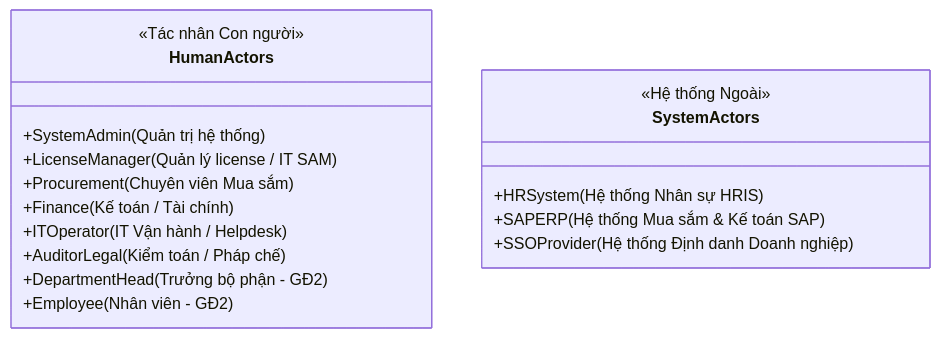
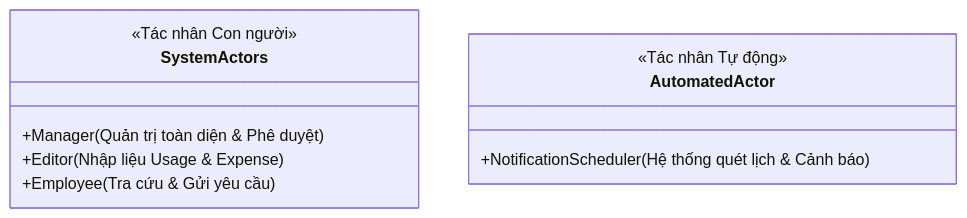
The first of 4 diagrams in docs/02-use-cases.md (cuonglpv/VFast), drawn with Mermaid before and after one commit. The commit also changed other lines of this file and 3 other files, not shown here.

Commit message:
docs: align requirements, MVP, use cases, and user stories with chatgpt analysis (3-role ELMS architecture, 2-week plan)

````diff
--- a/docs/02-use-cases.md
+++ b/docs/02-use-cases.md
@@ -8,21 +10,13 @@
 ```mermaid
 classDiagram
-    class HumanActors {
+    class SystemActors {
         <<Tác nhân Con người>>
-        +SystemAdmin (Quản trị hệ thống)
-        +LicenseManager (Quản lý license / IT SAM)
-        +Procurement (Chuyên viên Mua sắm)
-        +Finance (Kế toán / Tài chính)
-        +ITOperator (IT Vận hành / Helpdesk)
-        +AuditorLegal (Kiểm toán / Pháp chế)
-        +DepartmentHead (Trưởng bộ phận - GĐ2)
-        +Employee (Nhân viên - GĐ2)
+        +Manager (Quản trị toàn diện & Phê duyệt)
+        +Editor (Nhập liệu Usage & Expense)
+        +Employee (Tra cứu & Gửi yêu cầu)
     }
-
-    class SystemActors {
-        <<Hệ thống Ngoài>>
-        +HRSystem (Hệ thống Nhân sự HRIS)
-        +SAPERP (Hệ thống Mua sắm & Kế toán SAP)
-        +SSOProvider (Hệ thống Định danh Doanh nghiệp)
+    class AutomatedActor {
+        <<Tác nhân Tự động>>
+        +NotificationScheduler (Hệ thống quét lịch & Cảnh báo)
     }
 ```
````
